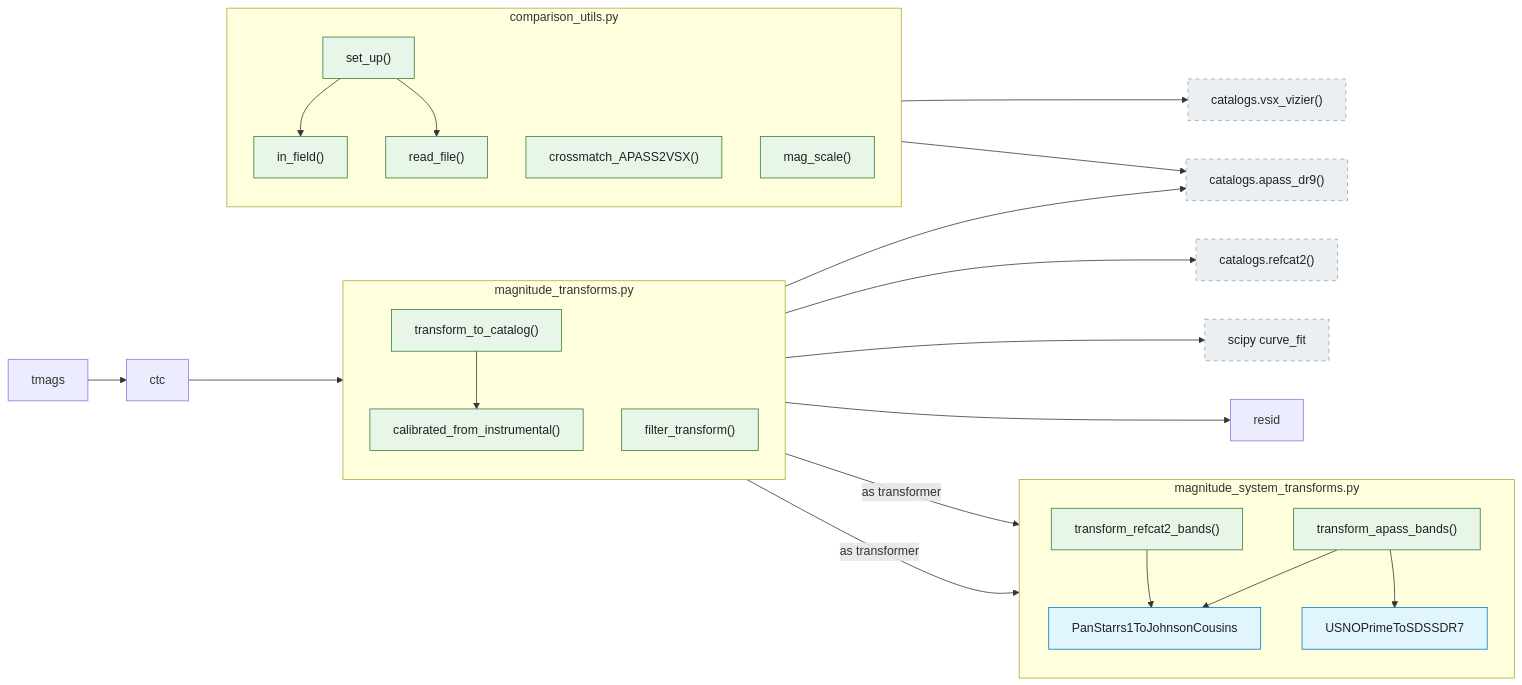
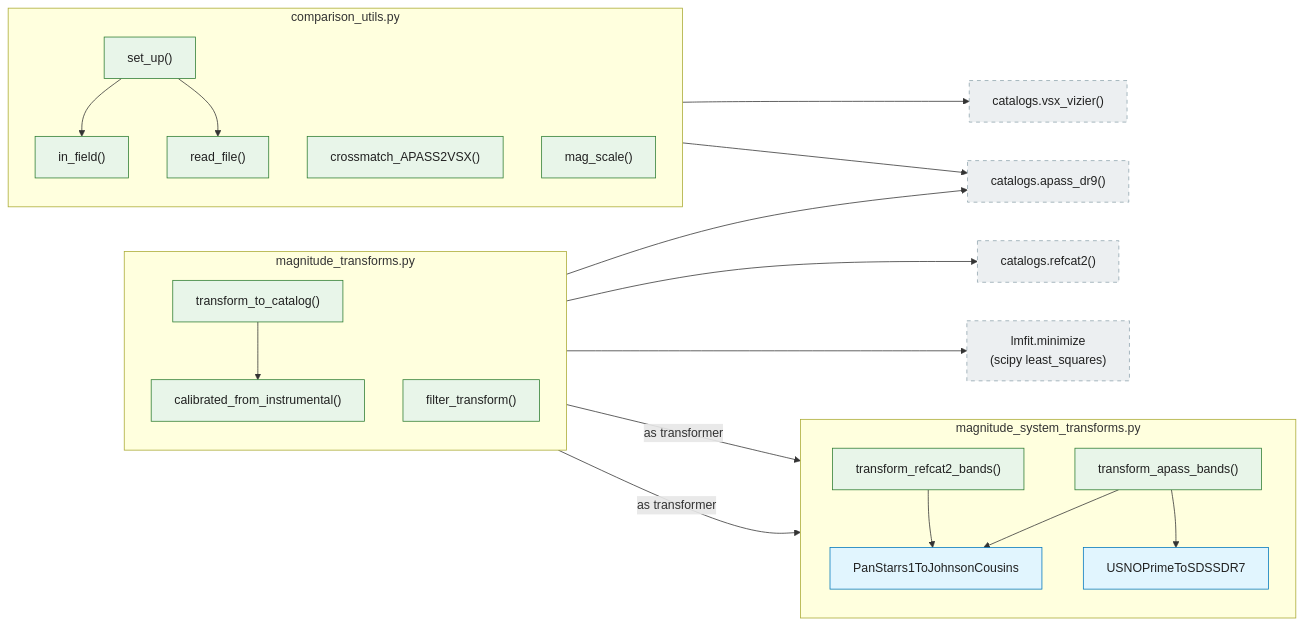
Diagram 15 of 16 in docs/diagrams-04-call-graphs.md (feder-observatory/stellarphot), drawn with Mermaid before and after one commit. The commit also changed 5 other files, not shown here.

````diff
--- a/docs/diagrams-04-call-graphs.md
+++ b/docs/diagrams-04-call-graphs.md
@@ -884,72 +884,66 @@
 ```mermaid
 flowchart LR
     classDef cls fill:#e1f5fe,stroke:#0277bd,color:#212121
     classDef fn fill:#e8f5e9,stroke:#2e7d32,color:#212121
     classDef external fill:#eceff1,stroke:#90a4ae,stroke-dasharray: 5 5,color:#212121
 
     subgraph sg_mag["magnitude_transforms.py"]
         direction TB
         t2c["transform_to_catalog()"]:::fn
         cfi["calibrated_from_instrumental()"]:::fn
         ftrans["filter_transform()"]:::fn
     end
 
     subgraph sg_sys["magnitude_system_transforms.py"]
         direction TB
         tab["transform_apass_bands()"]:::fn
         trb["transform_refcat2_bands()"]:::fn
         ps1["PanStarrs1ToJohnsonCousins"]:::cls
         usno["USNOPrimeToSDSSDR7"]:::cls
     end
 
     subgraph sg_comp["comparison_utils.py"]
         direction TB
         setup["set_up()"]:::fn
         xmatch["crossmatch_APASS2VSX()"]:::fn
         magscale["mag_scale()"]:::fn
         infield["in_field()"]:::fn
         readfile["read_file()"]:::fn
     end
 
     apass["catalogs.apass_dr9()"]:::external
     refcat["catalogs.refcat2()"]:::external
     vsx["catalogs.vsx_vizier()"]:::external
-    curvefit["scipy curve_fit"]:::external
+    minimize["lmfit.minimize<br/>(scipy least_squares)"]:::external
 
     t2c --> apass
     t2c --> refcat
     t2c -->|"as transformer"| tab
     t2c -->|"as transformer"| trb
-    t2c --> curvefit
+    t2c --> minimize
     t2c --> cfi
-    t2c --> resid
-    tmags --> ctc
-    ctc --> cfi
     tab --> ps1
     trb --> ps1
     tab --> usno
 
     setup --> vsx
     setup --> infield
     setup --> readfile
     xmatch --> apass
 
     click t2c href "../stellarphot/utils/magnitude_transforms.py" "magnitude_transforms.py"
-    click tmags href "../stellarphot/utils/magnitude_transforms.py" "magnitude_transforms.py"
-    click ctc href "../stellarphot/utils/magnitude_transforms.py" "magnitude_transforms.py"
     click cfi href "../stellarphot/utils/magnitude_transforms.py" "magnitude_transforms.py"
-    click resid href "../stellarphot/utils/magnitude_transforms.py" "magnitude_transforms.py"
     click ftrans href "../stellarphot/utils/magnitude_transforms.py" "magnitude_transforms.py"
     click tab href "../stellarphot/utils/magnitude_system_transforms.py" "magnitude_system_transforms.py"
     click trb href "../stellarphot/utils/magnitude_system_transforms.py" "magnitude_system_transforms.py"
     click ps1 href "../stellarphot/utils/magnitude_system_transforms.py" "magnitude_system_transforms.py"
     click usno href "../stellarphot/utils/magnitude_system_transforms.py" "magnitude_system_transforms.py"
     click setup href "../stellarphot/utils/comparison_utils.py" "comparison_utils.py"
     click xmatch href "../stellarphot/utils/comparison_utils.py" "comparison_utils.py"
     click magscale href "../stellarphot/utils/comparison_utils.py" "comparison_utils.py"
     click infield href "../stellarphot/utils/comparison_utils.py" "comparison_utils.py"
     click readfile href "../stellarphot/utils/comparison_utils.py" "comparison_utils.py"
     click apass href "../stellarphot/catalogs.py" "catalogs.py"
     click refcat href "../stellarphot/catalogs.py" "catalogs.py"
     click vsx href "../stellarphot/catalogs.py" "catalogs.py"
 ```
````
